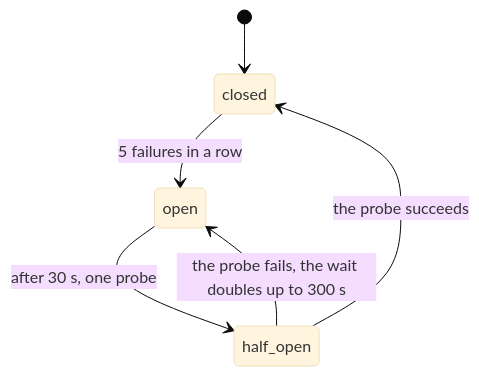
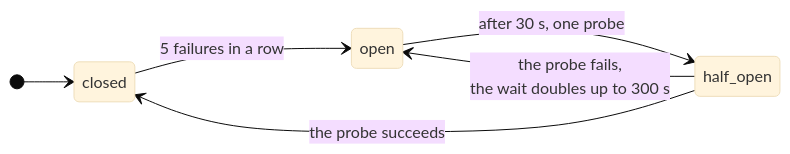
The third of 3 diagrams in docs-site/src/content/docs/guides/request-journey.mdx (harshbhx/ratchet), drawn with Mermaid (base theme) before and after one commit. The commit also changed other lines of this file, not shown here.

Commit message:
docs-site: request journey as Mermaid: every decision, an escalation and an off-path audit, the breaker; name the ineligible and rule routes

````diff
--- a/docs-site/src/content/docs/guides/request-journey.mdx
+++ b/docs-site/src/content/docs/guides/request-journey.mdx
@@ -200,8 +262,13 @@
 ```mermaid
 stateDiagram-v2
-    [*] --> closed
-    closed --> open: 5 failures in a row
-    open --> half_open: after 30 s, one probe
-    half_open --> closed: the probe succeeds
-    half_open --> open: the probe fails, the wait doubles up to 300 s
+  direction LR
+  [*] --> closed
+  closed --> open: 5 failures in a row
+  open --> half_open: after 30 s, one probe
+  half_open --> closed: the probe succeeds
+  half_open --> open: the probe fails,<br/>the wait doubles up to 300 s
+
+  class closed ok
+  class open danger
+  class half_open pending
 ```
````
